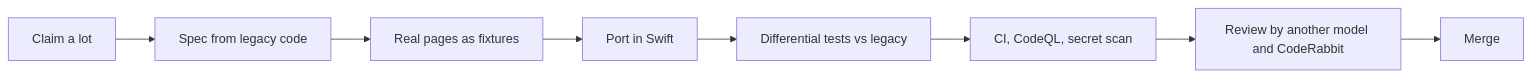
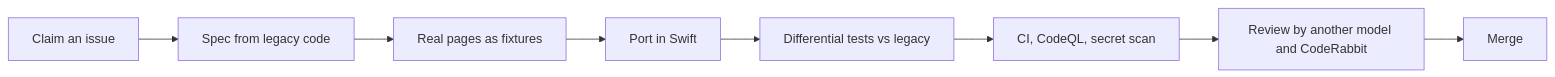
One commit to ezzz/HFRnow changed the diagram in README.md. Above: the diagram before and after it, drawn with Mermaid. The commit also changed other lines of this file, not shown here.

First line of the commit message:
README refresh: support note, roadmap figures incl. M5, big M5 topics, how it is built, participation guide (#657)

````diff
--- a/README.md
+++ b/README.md
@@ -127,10 +151,10 @@
 ```mermaid
 flowchart LR
-  A[Claim a lot] --> B[Spec from legacy code]
+  A[Claim an issue] --> B[Spec from legacy code]
   B --> C[Real pages as fixtures]
   C --> D[Port in Swift]
   D --> E[Differential tests vs legacy]
   E --> F[CI, CodeQL, secret scan]
   F --> G[Review by another model and CodeRabbit]
   G --> H[Merge]
 ```
````
